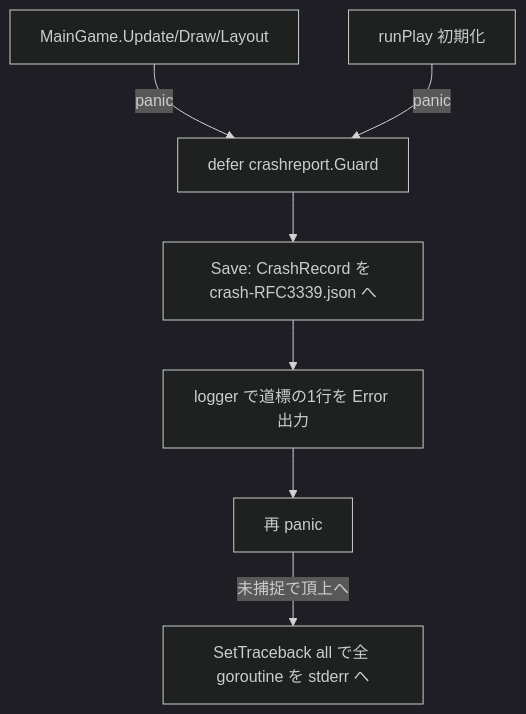
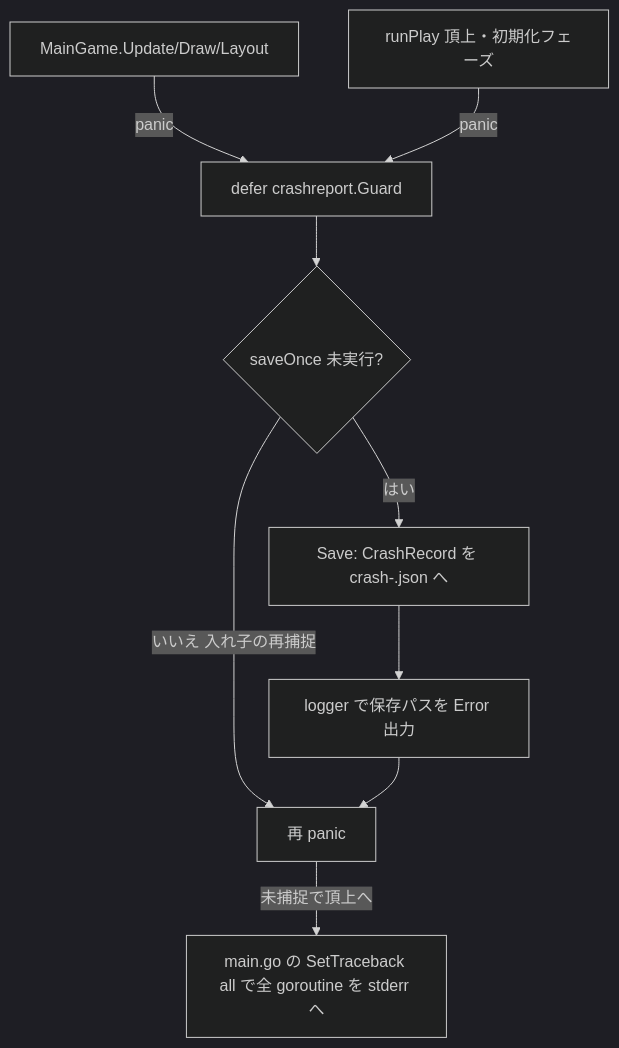
One commit to kijimad/ruins changed the diagram in docs/design/260916000431.md. Above: the diagram before and after it, drawn with Mermaid (dark theme). The commit also changed other lines of this file, not shown here.

````diff
--- a/docs/design/260916000431.md
+++ b/docs/design/260916000431.md
@@ -123,9 +149,11 @@
 ```mermaid
 flowchart TD
     U[MainGame.Update/Draw/Layout] -->|panic| G[defer crashreport.Guard]
-    I[runPlay 初期化] -->|panic| G
-    G --> S[Save: CrashRecord を crash-RFC3339.json へ]
-    S --> B[logger で道標の1行を Error 出力]
+    I[runPlay 頂上・初期化フェーズ] -->|panic| G
+    G --> O{saveOnce 未実行?}
+    O -->|はい| S[Save: CrashRecord を crash-.json へ]
+    O -->|いいえ 入れ子の再捕捉| R
+    S --> B[logger で保存パスを Error 出力]
     B --> R[再 panic]
-    R -->|未捕捉で頂上へ| T[SetTraceback all で全 goroutine を stderr へ]
+    R -->|未捕捉で頂上へ| T[main.go の SetTraceback all で全 goroutine を stderr へ]
 ```
````
